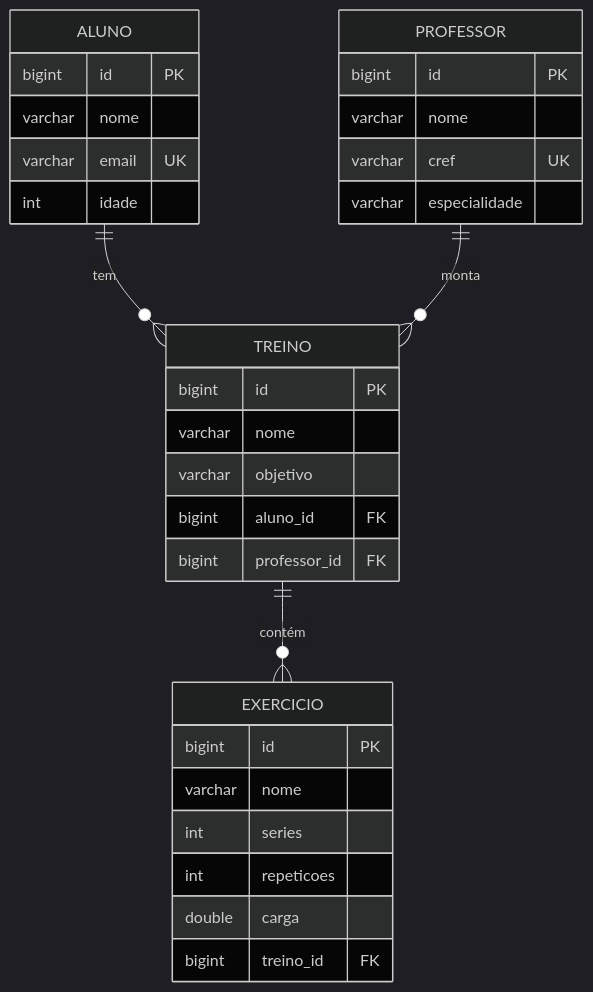
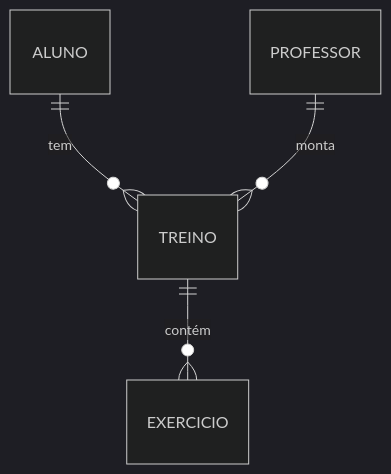
Before and after one commit to Alexandrediasss/legalfit-academia-backend: the diagram in README.md, drawn with Mermaid (dark theme). The commit also changed other lines of this file and 19 other files, not shown here.

````diff
--- a/README.md
+++ b/README.md
@@ -114,34 +96,6 @@
 ```mermaid
 erDiagram
     ALUNO ||--o{ TREINO : "tem"
     PROFESSOR ||--o{ TREINO : "monta"
     TREINO ||--o{ EXERCICIO : "contém"
-
-    ALUNO {
-        bigint id PK
-        varchar nome
-        varchar email UK
-        int idade
-    }
-    PROFESSOR {
-        bigint id PK
-        varchar nome
-        varchar cref UK
-        varchar especialidade
-    }
-    TREINO {
-        bigint id PK
-        varchar nome
-        varchar objetivo
-        bigint aluno_id FK
-        bigint professor_id FK
-    }
-    EXERCICIO {
-        bigint id PK
-        varchar nome
-        int series
-        int repeticoes
-        double carga
-        bigint treino_id FK
-    }
 ```
````
